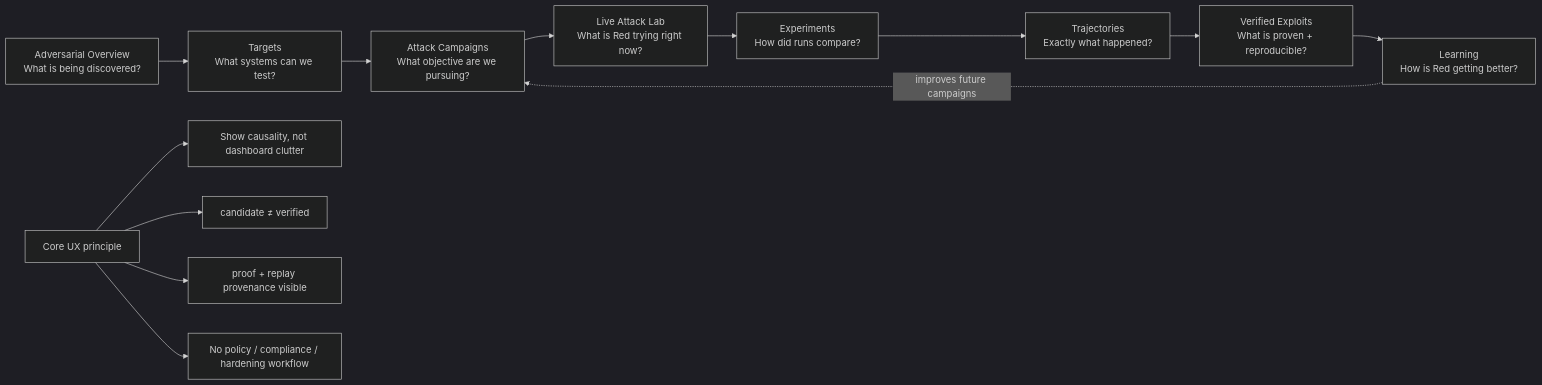
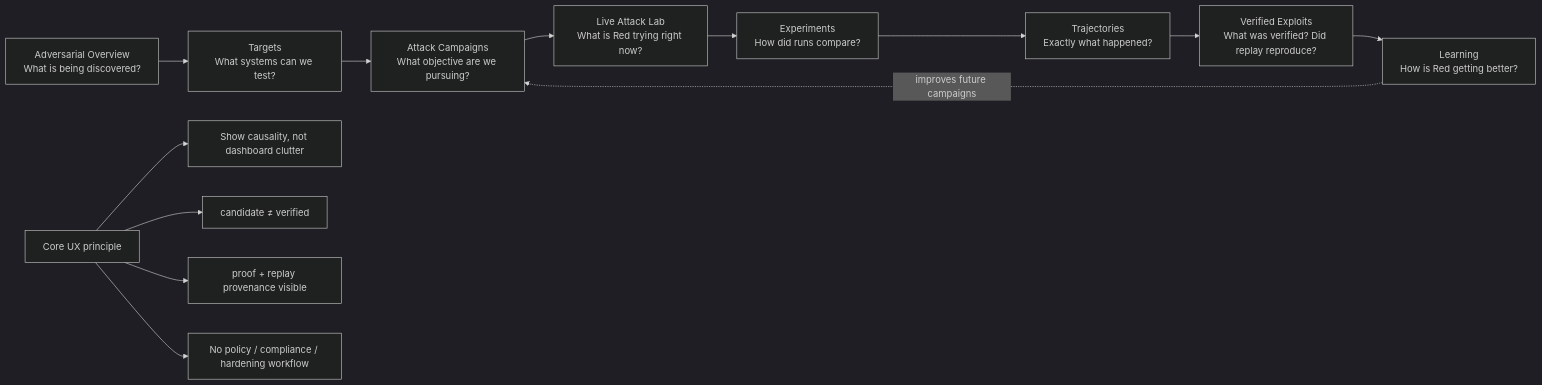
Before and after one commit to laurent761/aml-mvp: diagram 22 of 23 in 23_MENTAL_MODEL_ATLAS.md, drawn with Mermaid (dark theme). The commit also changed other lines of this file and 42 other files, not shown here.

````diff
--- a/23_MENTAL_MODEL_ATLAS.md
+++ b/23_MENTAL_MODEL_ATLAS.md
@@ -700,16 +759,16 @@
 ```mermaid
 flowchart LR
     O["Adversarial Overview<br/>What is being discovered?"] --> T["Targets<br/>What systems can we test?"]
     T --> C["Attack Campaigns<br/>What objective are we pursuing?"]
     C --> L["Live Attack Lab<br/>What is Red trying right now?"]
     L --> E["Experiments<br/>How did runs compare?"]
     E --> TR["Trajectories<br/>Exactly what happened?"]
-    TR --> X["Verified Exploits<br/>What is proven + reproducible?"]
+    TR --> X["Verified Exploits<br/>What was verified? Did replay reproduce?"]
     X --> LEARN["Learning<br/>How is Red getting better?"]
     LEARN -. "improves future campaigns" .-> C
 
     LAB["Core UX principle"] --> P1["Show causality, not dashboard clutter"]
     LAB --> P2["candidate ≠ verified"]
     LAB --> P3["proof + replay provenance visible"]
     LAB --> P4["No policy / compliance / hardening workflow"]
 ```
````
